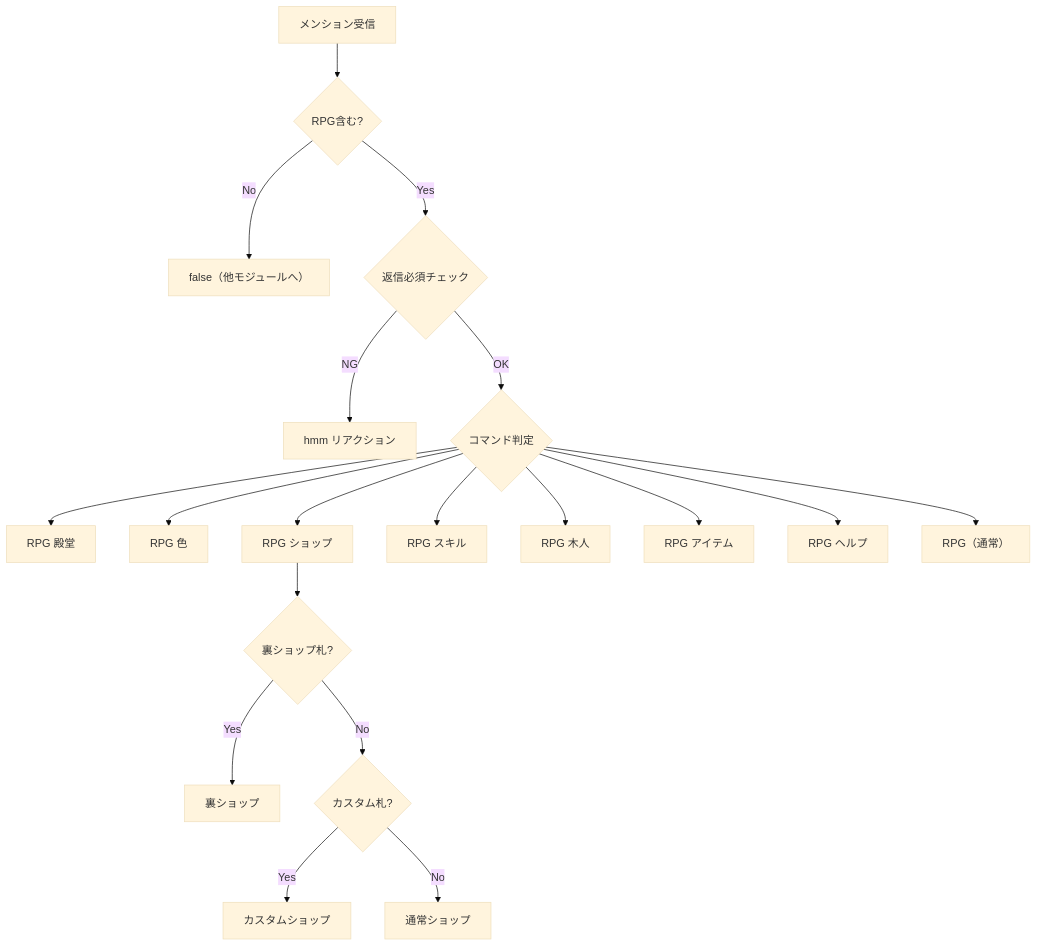
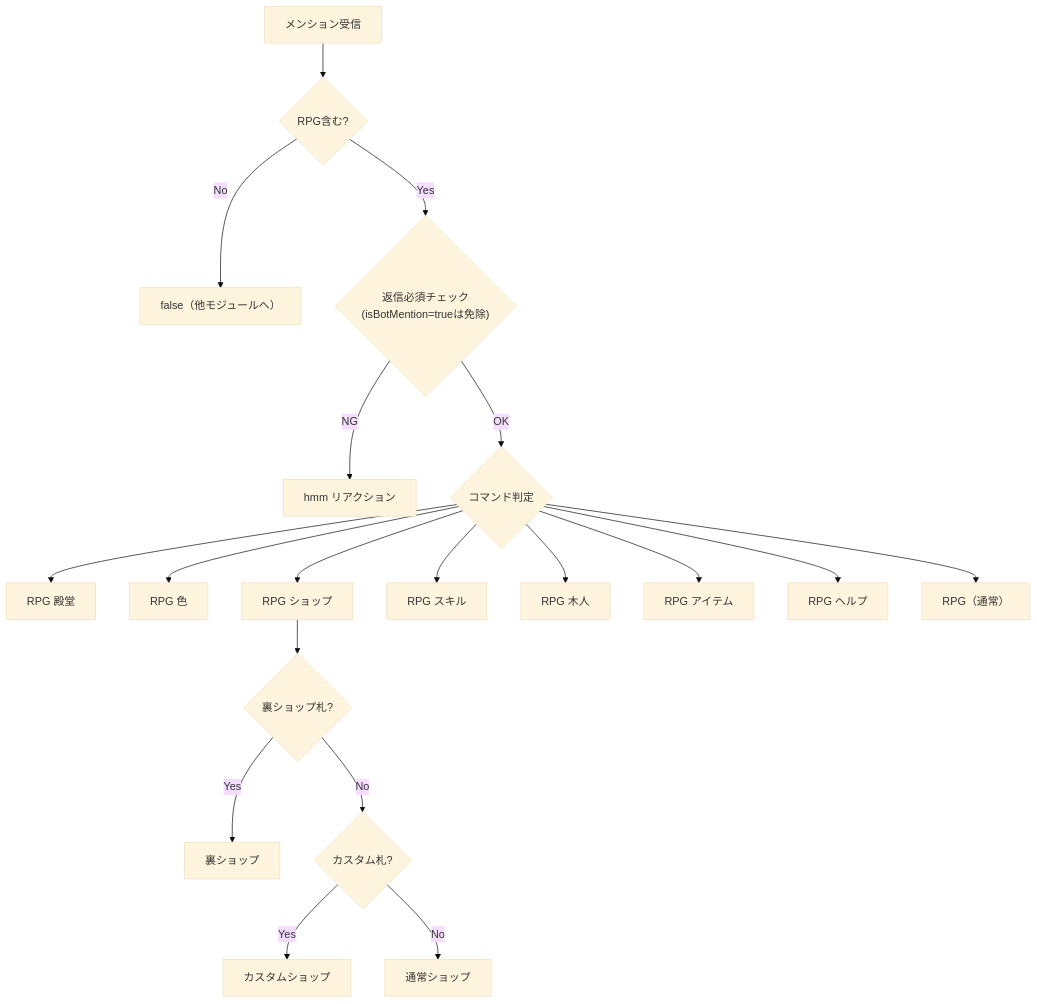
One commit to emtkmkk/ai changed the first of 2 diagrams in src/modules/rpg/README.md. Above: the diagram before and after it, drawn with Mermaid (base theme). The commit also changed other lines of this file and 4 other files, not shown here.

````diff
--- a/src/modules/rpg/README.md
+++ b/src/modules/rpg/README.md
@@ -10,23 +10,23 @@
 ```mermaid
 flowchart TD
     A["メンション受信"] --> B{"RPG含む?"}
     B -- No --> Z["false（他モジュールへ）"]
-    B -- Yes --> C{"返信必須チェック"}
+    B -- Yes --> C{"返信必須チェック\n(isBotMention=trueは免除)"}
     C -- NG --> Z2["hmm リアクション"]
     C -- OK --> D{"コマンド判定"}
 
     D --> D1["RPG 殿堂"]
     D --> D2["RPG 色"]
     D --> D3["RPG ショップ"]
     D --> D4["RPG スキル"]
     D --> D5["RPG 木人"]
     D --> D6["RPG アイテム"]
     D --> D7["RPG ヘルプ"]
     D --> D8["RPG（通常）"]
 
     D3 --> D3a{"裏ショップ札?"}
     D3a -- Yes --> D3b["裏ショップ"]
     D3a -- No --> D3c{"カスタム札?"}
     D3c -- Yes --> D3d["カスタムショップ"]
     D3c -- No --> D3e["通常ショップ"]
 ```
````
